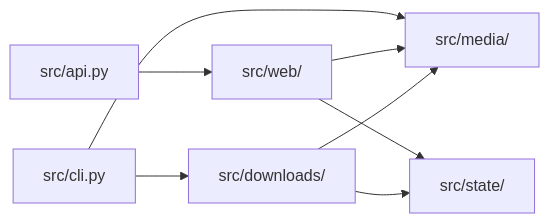
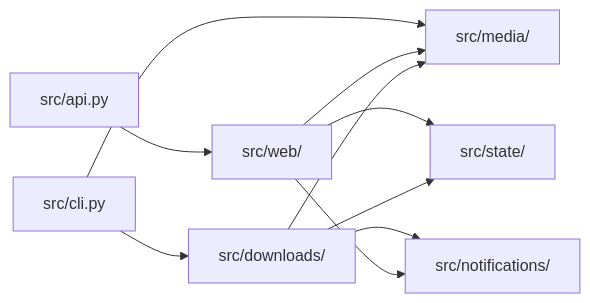
One commit to GerardWu100/podcast-downloader changed the diagram in docs/architecture.md. Above: the diagram before and after it, drawn with Mermaid. The commit also changed other lines of this file and 10 other files, not shown here.

````diff
--- a/docs/architecture.md
+++ b/docs/architecture.md
@@ -10,10 +10,12 @@
 ```mermaid
 flowchart LR
     API["src/api.py"] --> Web["src/web/"]
     CLI["src/cli.py"] --> Downloads["src/downloads/"]
     CLI --> Media["src/media/"]
     Web --> Media
     Web --> State["src/state/"]
     Downloads --> Media
     Downloads --> State
+    Downloads --> Notify["src/notifications/"]
+    Web --> Notify
 ```
````
